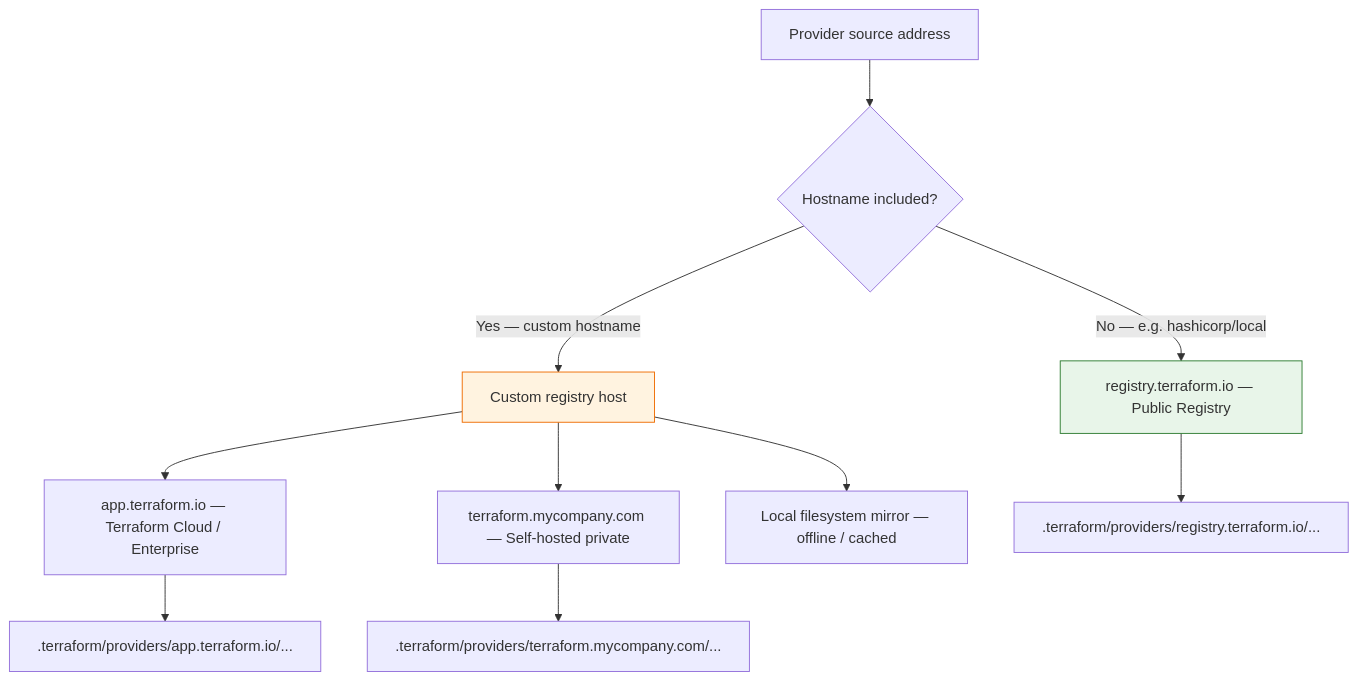
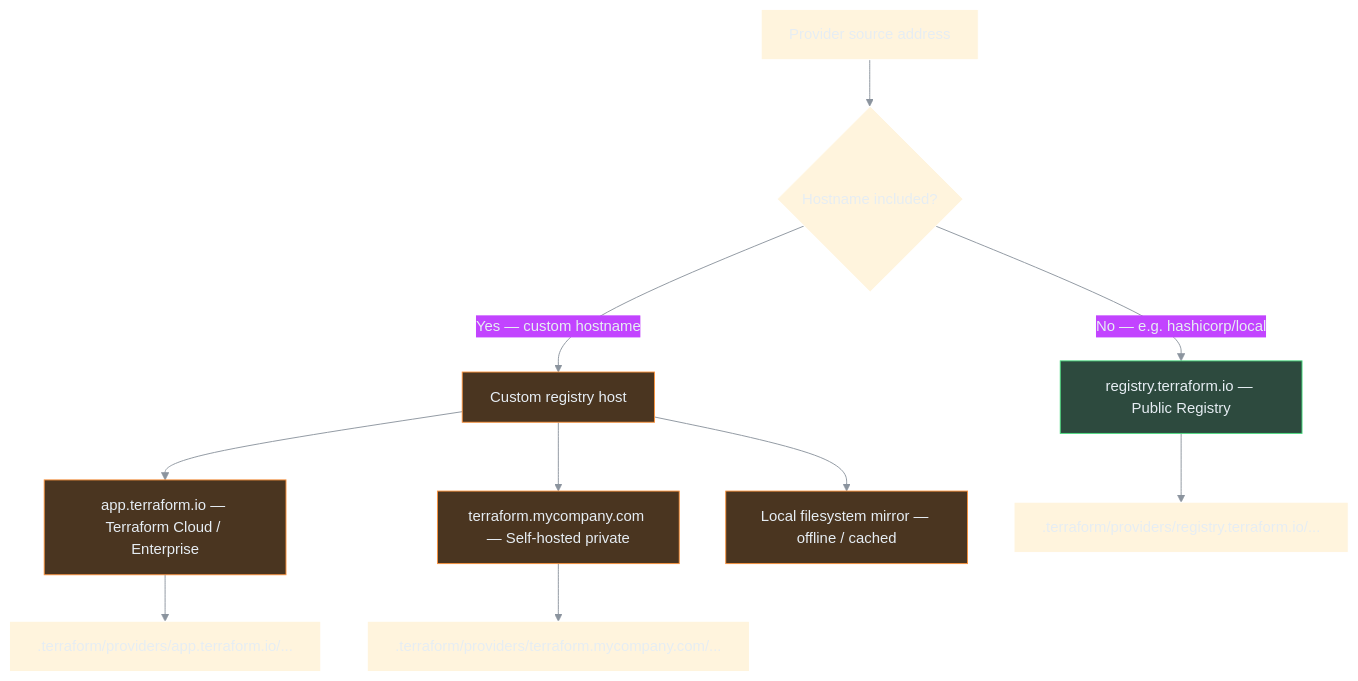
The sixth of 9 diagrams in 04_Core_Terraform_Basics/01_Terraform_Provider.md (nirajp82/Terraform_Basics), drawn with Mermaid before and after one commit. The commit also changed other lines of this file and 1 other file, not shown here.

Commit message:
Update Diagram

````diff
--- a/04_Core_Terraform_Basics/01_Terraform_Provider.md
+++ b/04_Core_Terraform_Basics/01_Terraform_Provider.md
@@ -162,17 +177,20 @@
 ```mermaid
+%%{init: {'theme': 'base', 'themeVariables': {'darkMode': true, 'background': 'transparent', 'primaryTextColor': '#e6edf3', 'lineColor': '#8b949e'}}}%%
 flowchart TD
     ADDR["Provider source address"] --> Q{"Hostname included?"}
     Q -->|No — e.g. hashicorp/local| PUB["registry.terraform.io — Public Registry"]
     Q -->|Yes — custom hostname| CUSTOM["Custom registry host"]
 
     CUSTOM --> TFE["app.terraform.io — Terraform Cloud / Enterprise"]
     CUSTOM --> SELF["terraform.mycompany.com — Self-hosted private"]
     CUSTOM --> MIRROR["Local filesystem mirror — offline / cached"]
 
     PUB --> PATH1[".terraform/providers/registry.terraform.io/..."]
     TFE --> PATH2[".terraform/providers/app.terraform.io/..."]
     SELF --> PATH3[".terraform/providers/terraform.mycompany.com/..."]
 
-    style PUB fill:#e8f5e9,stroke:#2e7d32
-    style CUSTOM fill:#fff3e0,stroke:#ef6c00
+    classDef success fill:#2d4a3e,stroke:#4ade80,color:#e6edf3
+    classDef warn fill:#4a3520,stroke:#fb923c,color:#e6edf3
+    class PUB success
+    class CUSTOM,TFE,SELF,MIRROR warn
 ```
````
